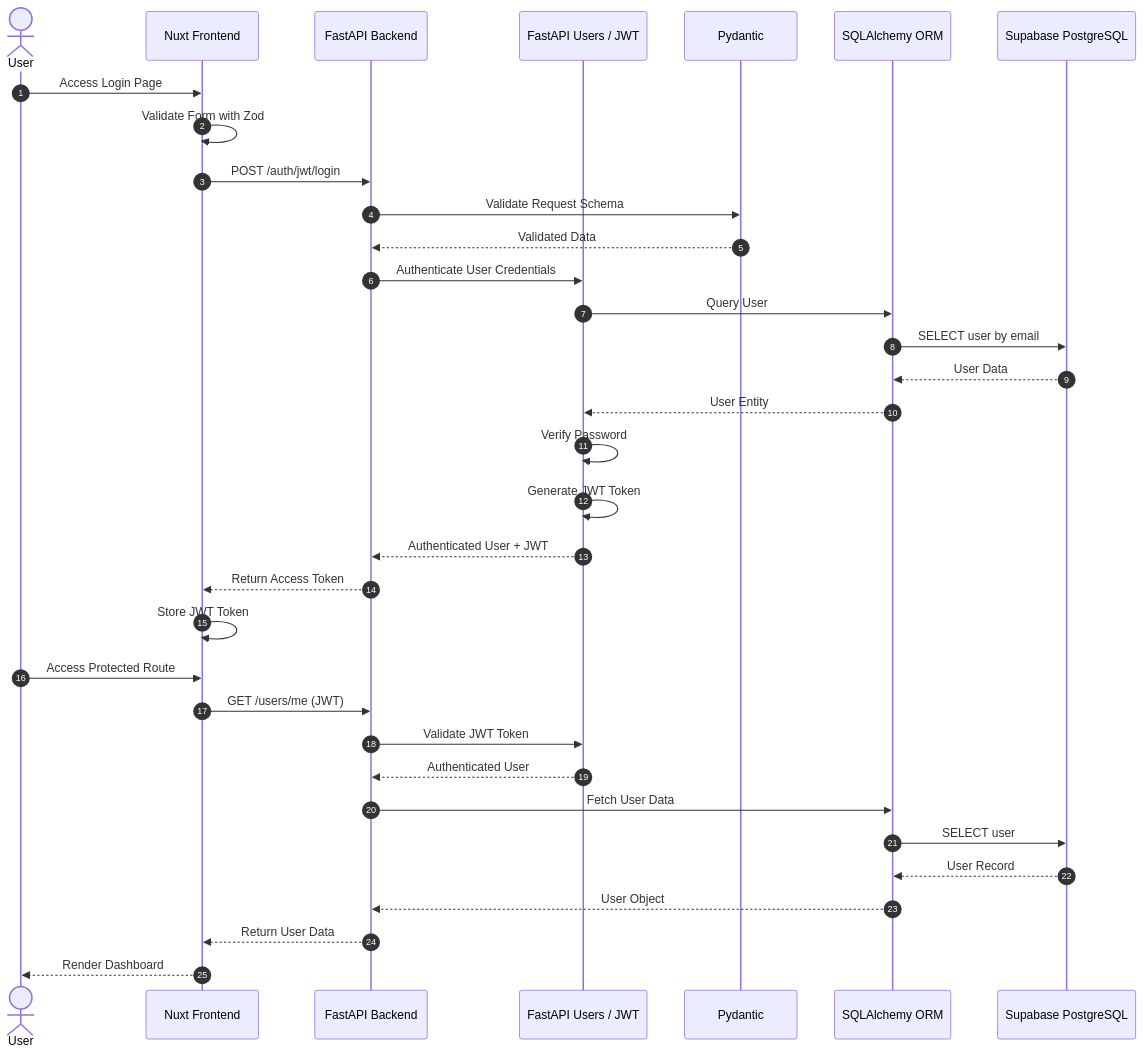
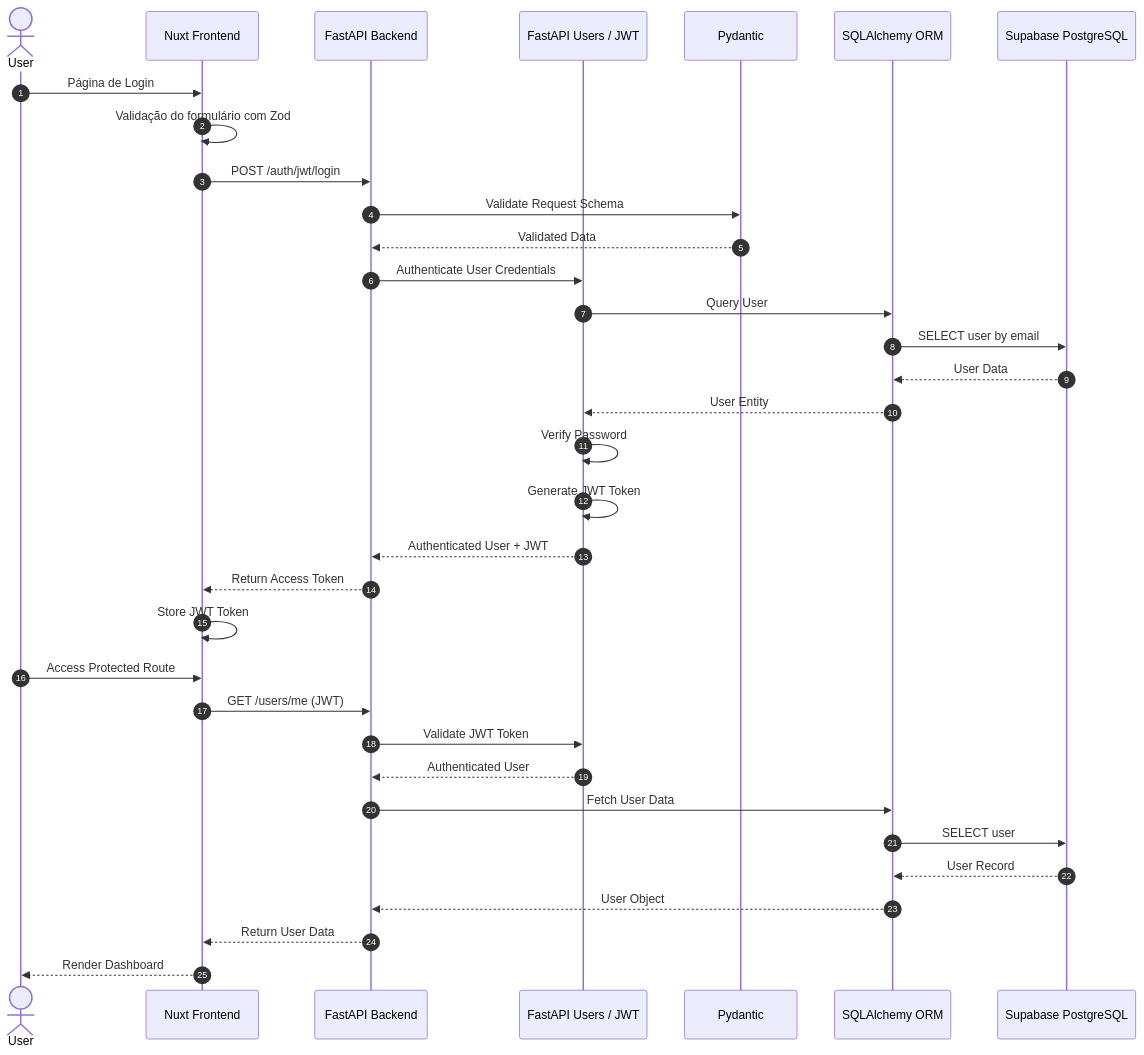
One commit to rmcfdma/user_and_authentication_system changed the second of 2 diagrams in README.md. Above: the diagram before and after it, drawn with Mermaid.

````diff
--- a/README.md
+++ b/README.md
@@ -96,58 +96,58 @@
 ```mermaid
 sequenceDiagram
     autonumber
 
     actor User as User
     participant Frontend as Nuxt Frontend
     participant API as FastAPI Backend
     participant Auth as FastAPI Users / JWT
     participant Validation as Pydantic
     participant ORM as SQLAlchemy ORM
     participant DB as Supabase PostgreSQL
 
     %% =========================
     %% USER LOGIN FLOW
     %% =========================
 
-    User->>Frontend: Access Login Page
-    Frontend->>Frontend: Validate Form with Zod
+    User->>Frontend: Página de Login
+    Frontend->>Frontend: Validação do formulário com Zod
 
     Frontend->>API: POST /auth/jwt/login
 
     API->>Validation: Validate Request Schema
     Validation-->>API: Validated Data
 
     API->>Auth: Authenticate User Credentials
 
     Auth->>ORM: Query User
     ORM->>DB: SELECT user by email
     DB-->>ORM: User Data
     ORM-->>Auth: User Entity
 
     Auth->>Auth: Verify Password
     Auth->>Auth: Generate JWT Token
 
     Auth-->>API: Authenticated User + JWT
     API-->>Frontend: Return Access Token
 
     Frontend->>Frontend: Store JWT Token
 
     %% =========================
     %% AUTHENTICATED REQUEST
     %% =========================
 
     User->>Frontend: Access Protected Route
 
     Frontend->>API: GET /users/me (JWT)
 
     API->>Auth: Validate JWT Token
     Auth-->>API: Authenticated User
 
     API->>ORM: Fetch User Data
     ORM->>DB: SELECT user
     DB-->>ORM: User Record
     ORM-->>API: User Object
 
     API-->>Frontend: Return User Data
     Frontend-->>User: Render Dashboard
 ```
````
